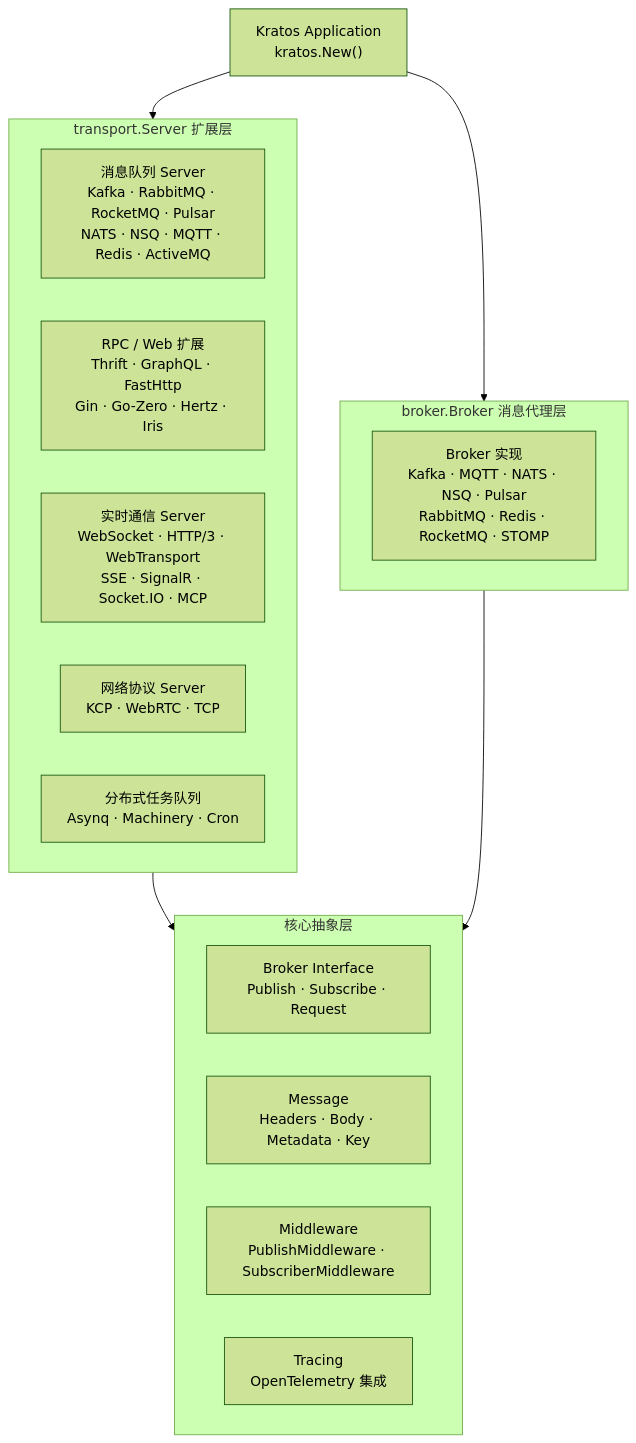
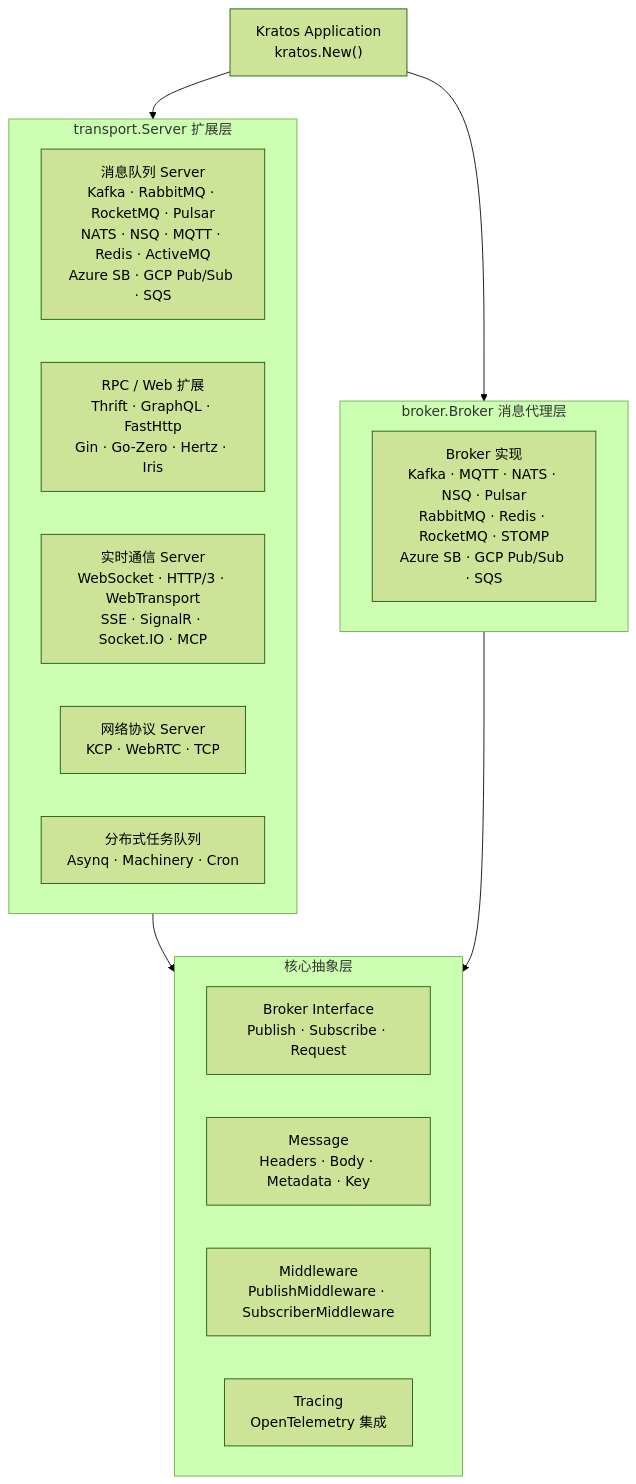
One commit to exuan/kratos-transport changed the diagram in README.md. Above: the diagram before and after it, drawn with Mermaid (forest theme). The commit also changed other lines of this file and 2 other files, not shown here.

````diff
--- a/README.md
+++ b/README.md
@@ -40,25 +41,25 @@
 ```mermaid
 graph TB
     App["Kratos Application<br/>kratos.New()"]
     subgraph Transport["transport.Server 扩展层"]
-        MQ["消息队列 Server<br/>Kafka · RabbitMQ · RocketMQ · Pulsar<br/>NATS · NSQ · MQTT · Redis · ActiveMQ"]
+        MQ["消息队列 Server<br/>Kafka · RabbitMQ · RocketMQ · Pulsar<br/>NATS · NSQ · MQTT · Redis · ActiveMQ<br/>Azure SB · GCP Pub/Sub · SQS"]
         RPC["RPC / Web 扩展<br/>Thrift · GraphQL · FastHttp<br/>Gin · Go-Zero · Hertz · Iris"]
         RT["实时通信 Server<br/>WebSocket · HTTP/3 · WebTransport<br/>SSE · SignalR · Socket.IO · MCP"]
         NET["网络协议 Server<br/>KCP · WebRTC · TCP"]
         TASK["分布式任务队列<br/>Asynq · Machinery · Cron"]
     end
     subgraph Broker["broker.Broker 消息代理层"]
-        BK["Broker 实现<br/>Kafka · MQTT · NATS · NSQ · Pulsar<br/>RabbitMQ · Redis · RocketMQ · STOMP"]
+        BK["Broker 实现<br/>Kafka · MQTT · NATS · NSQ · Pulsar<br/>RabbitMQ · Redis · RocketMQ · STOMP<br/>Azure SB · GCP Pub/Sub · SQS"]
     end
     subgraph Core["核心抽象层"]
         BI["Broker Interface<br/>Publish · Subscribe · Request"]
         MSG["Message<br/>Headers · Body · Metadata · Key"]
         MID["Middleware<br/>PublishMiddleware · SubscriberMiddleware"]
         TRACE["Tracing<br/>OpenTelemetry 集成"]
     end
 
     App --> Transport
     App --> Broker
     Transport --> Core
     Broker --> Core
 ```
````
